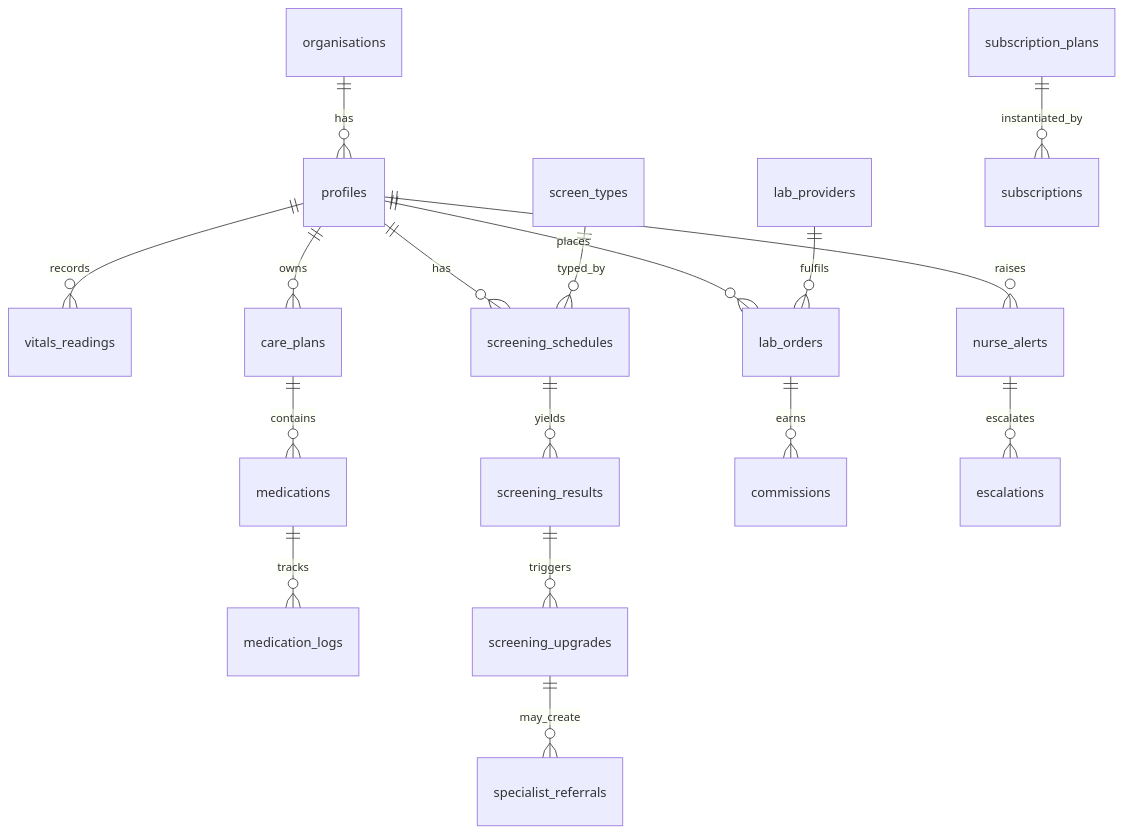
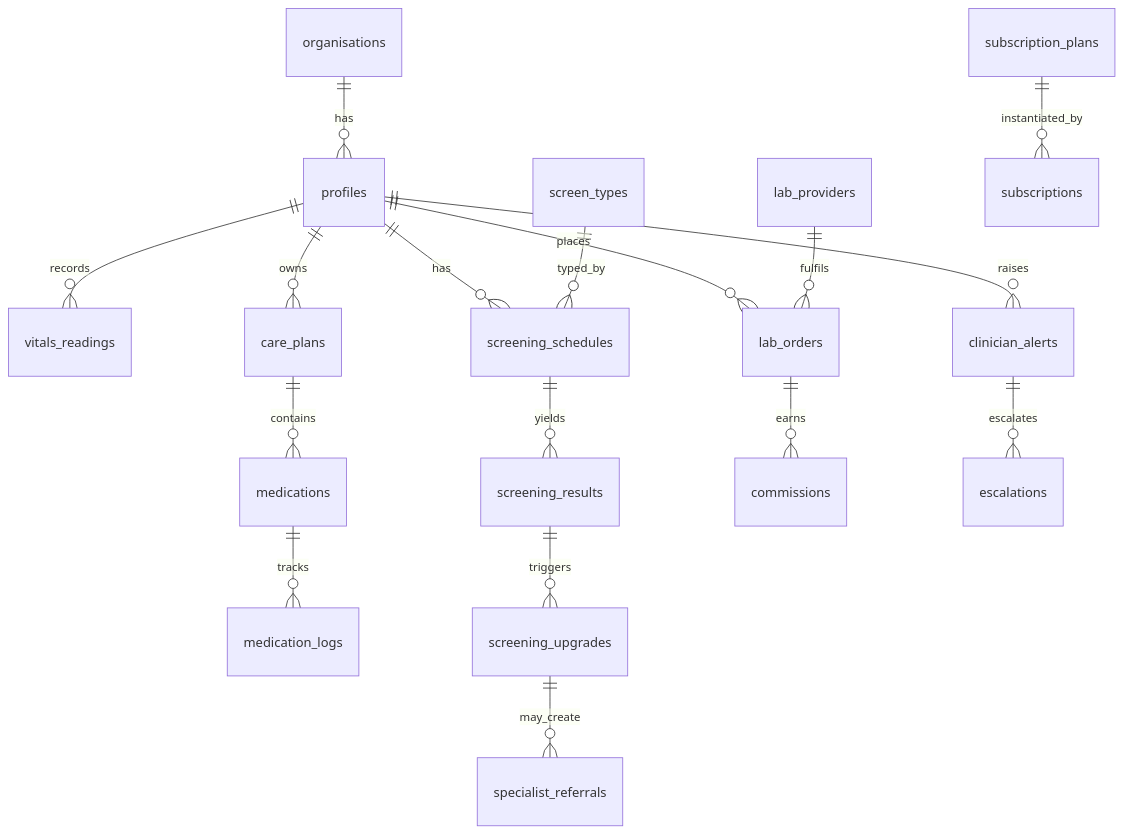
Before and after one commit to Kolalonge-creator/Tarragon-Health: the third of 6 diagrams in docs/ARCHITECTURE.md, drawn with Mermaid. The commit also changed other lines of this file and 23 other files, not shown here.

````diff
--- a/docs/ARCHITECTURE.md
+++ b/docs/ARCHITECTURE.md
@@ -172,19 +171,19 @@
 ```mermaid
 erDiagram
   organisations ||--o{ profiles : has
   profiles ||--o{ vitals_readings : records
   profiles ||--o{ care_plans : owns
   care_plans ||--o{ medications : contains
   medications ||--o{ medication_logs : tracks
   profiles ||--o{ screening_schedules : has
   screen_types ||--o{ screening_schedules : typed_by
   screening_schedules ||--o{ screening_results : yields
   screening_results ||--o{ screening_upgrades : triggers
   screening_upgrades ||--o{ specialist_referrals : may_create
   profiles ||--o{ lab_orders : places
   lab_providers ||--o{ lab_orders : fulfils
   lab_orders ||--o{ commissions : earns
-  profiles ||--o{ nurse_alerts : raises
-  nurse_alerts ||--o{ escalations : escalates
+  profiles ||--o{ clinician_alerts : raises
+  clinician_alerts ||--o{ escalations : escalates
   subscription_plans ||--o{ subscriptions : instantiated_by
 ```
````
